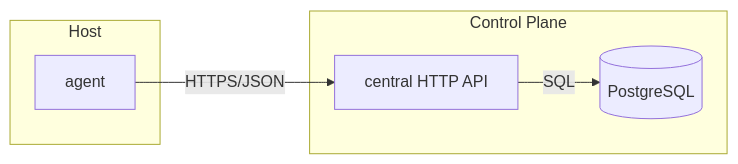
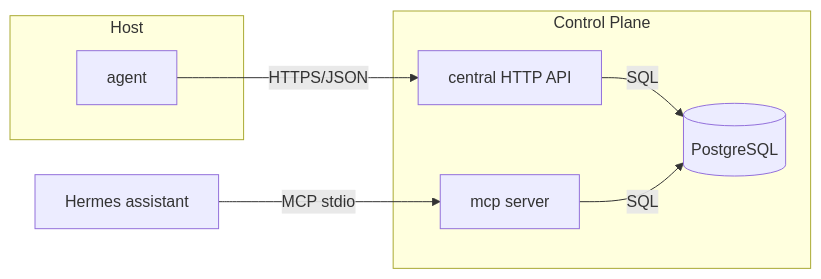
Before and after one commit to tsee9iii/opspilot: the first of 7 diagrams in docs/architecture.md, drawn with Mermaid. The commit also changed other lines of this file and 55 other files, not shown here.

````diff
--- a/docs/architecture.md
+++ b/docs/architecture.md
@@ -12,12 +13,15 @@
 ```mermaid
 flowchart LR
     subgraph Host
         A[agent]
     end
     subgraph Control Plane
         C[central HTTP API]
         P[(PostgreSQL)]
+        M[mcp server]
     end
     A -- HTTPS/JSON --> C
     C -- SQL --> P
+    M -- SQL --> P
+    H[Hermes assistant] -- MCP stdio --> M
 ```
````
